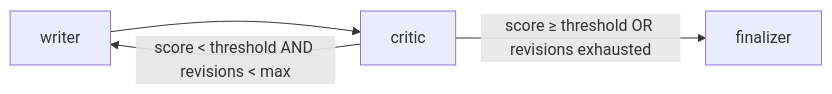
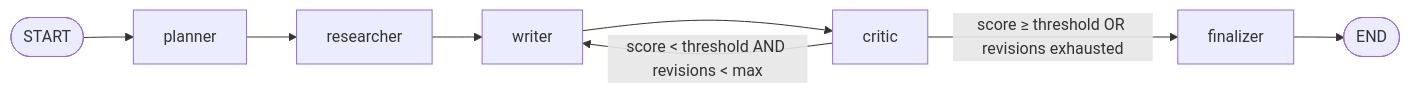
Before and after one commit to hassanmansour-dev/ProofLine: the diagram in docs/ARCHITECTURE.md, drawn with Mermaid. The commit also changed other lines of this file and 7 other files, not shown here.

First line of the commit message:
feat(graph): wire the critic loop (writer -> critic -> route_after_critic)

````diff
--- a/docs/ARCHITECTURE.md
+++ b/docs/ARCHITECTURE.md
@@ -54,6 +47,6 @@
 ```mermaid
 flowchart LR
-    writer --> critic
+    START([START]) --> planner --> researcher --> writer --> critic
     critic -- "score < threshold AND revisions < max" --> writer
-    critic -- "score ≥ threshold OR revisions exhausted" --> finalizer
+    critic -- "score ≥ threshold OR revisions exhausted" --> finalizer --> END([END])
 ```
````
